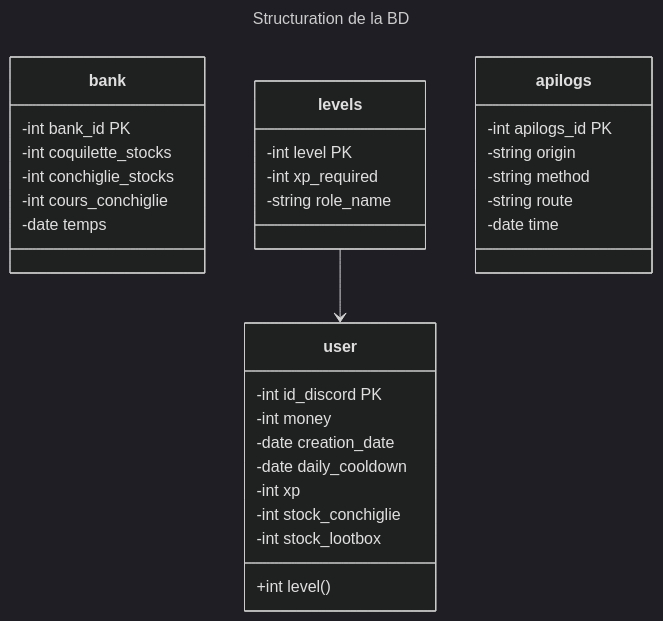
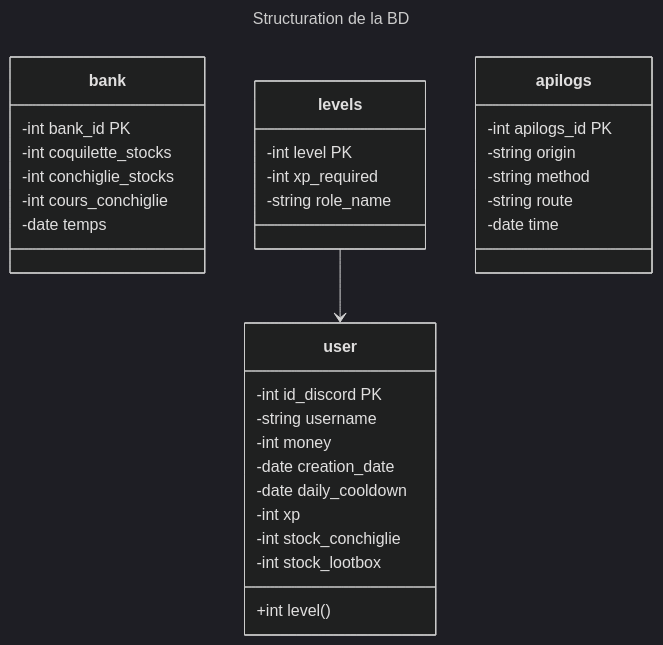
Before and after one commit to Zratex/Veronica: the first of 2 diagrams in back/README.md, drawn with Mermaid (dark theme). The commit also changed other lines of this file and 2 other files, not shown here.

````diff
--- a/back/README.md
+++ b/back/README.md
@@ -18,37 +18,38 @@
 ```mermaid
 ---
 title : Structuration de la BD
 ---
 classDiagram
     class user {
         -int id_discord PK
+        -string username
         -int money
         -date creation_date
         -date daily_cooldown
         -int xp
         +int level()
         -int stock_conchiglie
         -int stock_lootbox
     }
     class bank {
         -int bank_id PK
         -int coquilette_stocks
         -int conchiglie_stocks
         -int cours_conchiglie
         -date temps
     }
     class levels {
         -int level PK
         -int xp_required
         -string role_name
     }
     class apilogs {
         -int apilogs_id PK
         -string origin
         -string method
         -string route
         -date time
     }
 
     levels --> user
 ```
````
